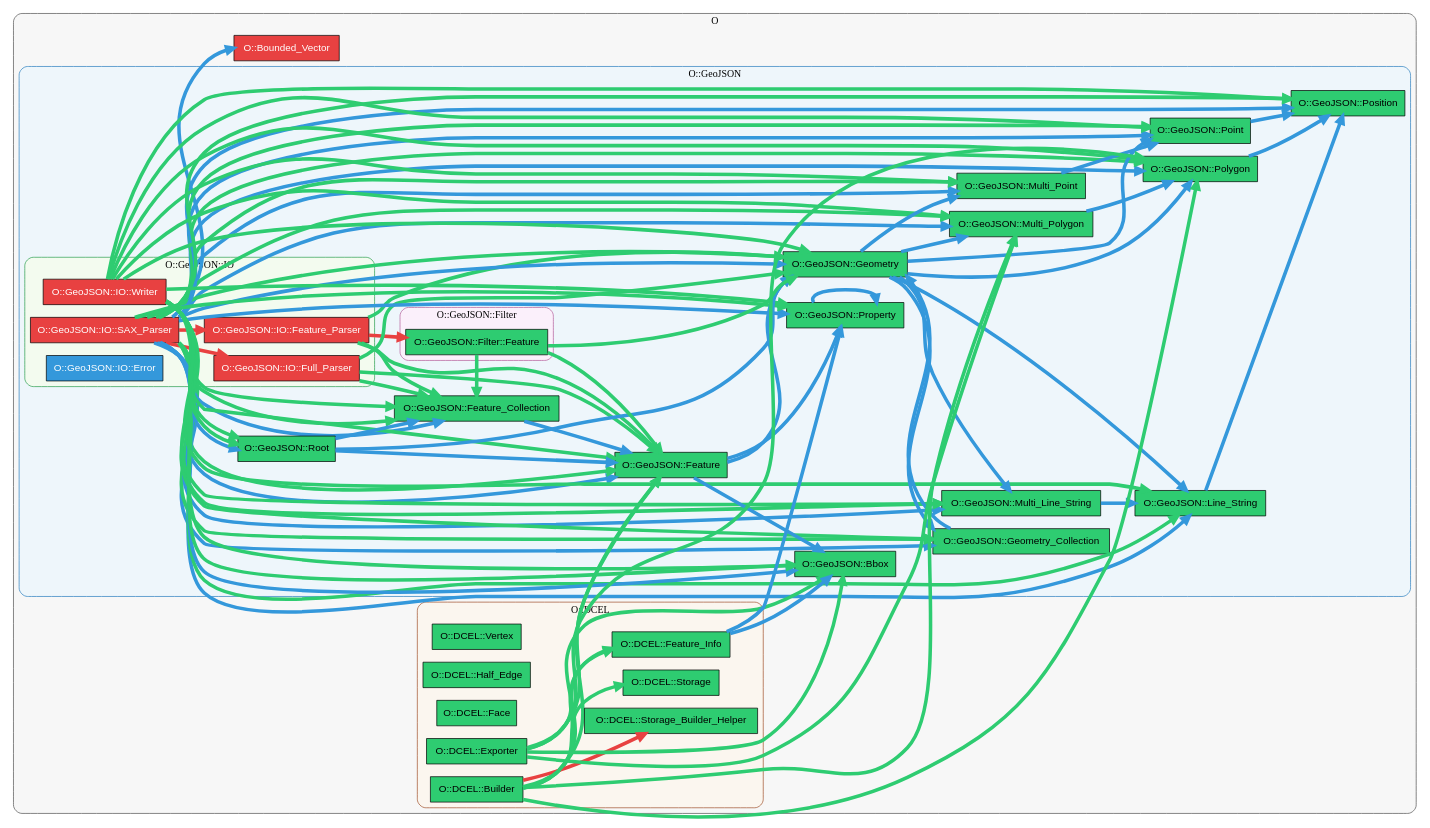
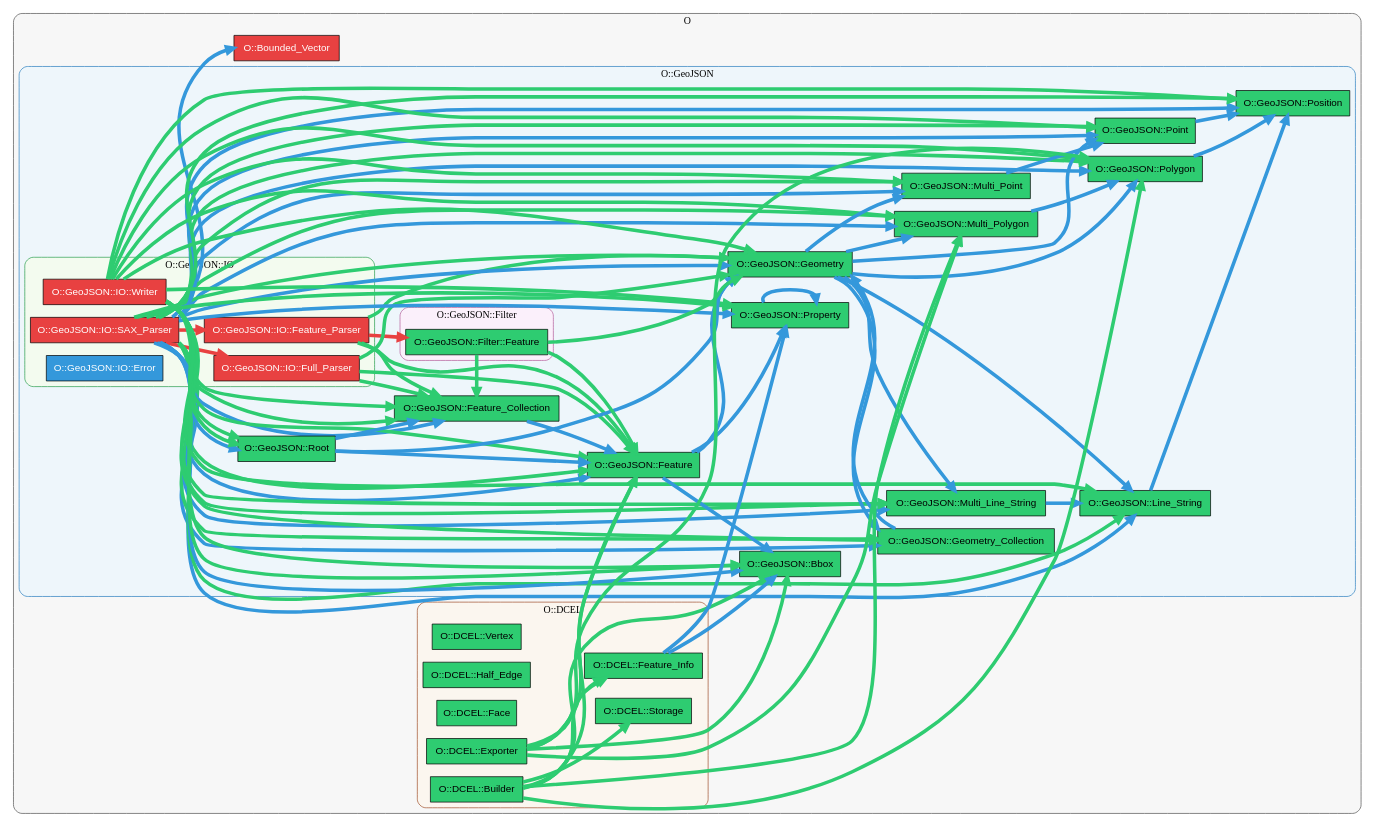
The diagram in documentation/diagram/usr_full_class.dot (leocity207/OGeoflow), drawn with Graphviz before and after one commit. The commit also changed 7 other files, not shown here.

Commit message:
5 - remove dcel-builder class

```diff
--- a/documentation/diagram/usr_full_class.dot
+++ b/documentation/diagram/usr_full_class.dot
@@ -37,7 +37,6 @@
   "O::DCEL::Storage" [fillcolor="#2ecc71", fontcolor="black"];
   "O::DCEL::Builder" [fillcolor="#2ecc71", fontcolor="black"];
   "O::DCEL::Exporter" [fillcolor="#2ecc71", fontcolor="black"];
-  "O::DCEL::Storage_Builder_Helper" [fillcolor="#2ecc71", fontcolor="black"];
   "O::DCEL::Feature_Info" [fillcolor="#2ecc71", fontcolor="black"];
 
   // --- Clusters (matrioshka) ---
@@ -111,13 +110,11 @@
       "O::DCEL::Storage";
       "O::DCEL::Builder";
       "O::DCEL::Exporter";
-      "O::DCEL::Storage_Builder_Helper";
       "O::DCEL::Feature_Info";
     }
   }
 
   // --- Inheritance edges (red) Base -> Derived ---
-  "O::DCEL::Builder" -> "O::DCEL::Storage_Builder_Helper" [color="#e84141"];
   "O::GeoJSON::IO::SAX_Parser" -> "O::GeoJSON::IO::Feature_Parser" [color="#e84141"];
   "O::GeoJSON::IO::SAX_Parser" -> "O::GeoJSON::IO::Full_Parser" [color="#e84141"];
   "O::GeoJSON::IO::Feature_Parser" -> "O::GeoJSON::Filter::Feature" [color="#e84141"];
```
